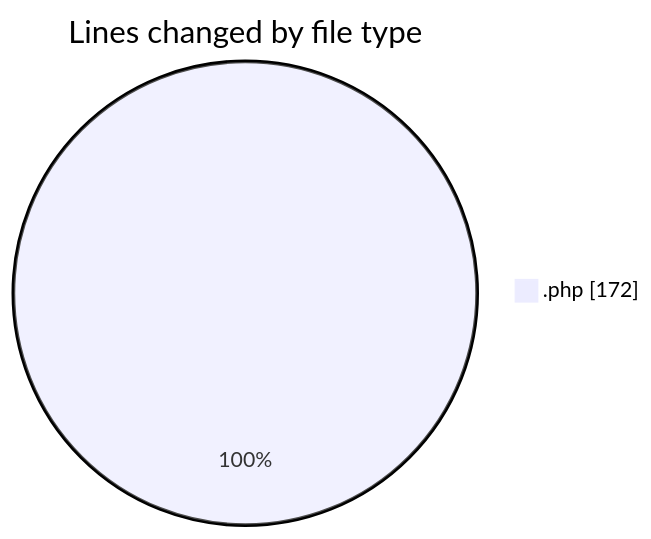
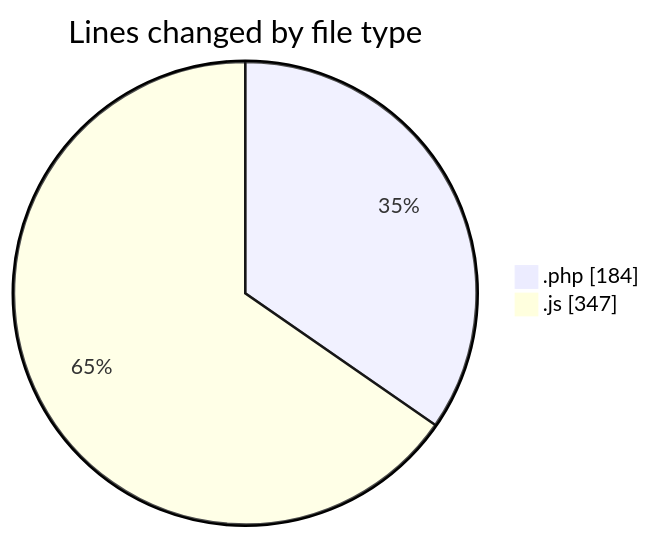
One commit to debugP/code-tracking changed the first of 2 diagrams in 2025-09-29/untitled__workspace_/README.md. Above: the diagram before and after it, drawn with Mermaid. The commit also changed other lines of this file and 1 other file, not shown here.

````diff
--- a/2025-09-29/untitled__workspace_/README.md
+++ b/2025-09-29/untitled__workspace_/README.md
@@ -20,5 +21,6 @@
 ```mermaid
 pie showData
 title Lines changed by file type
-".php" : 172
+".php" : 184
+".js" : 347
 ```
````
